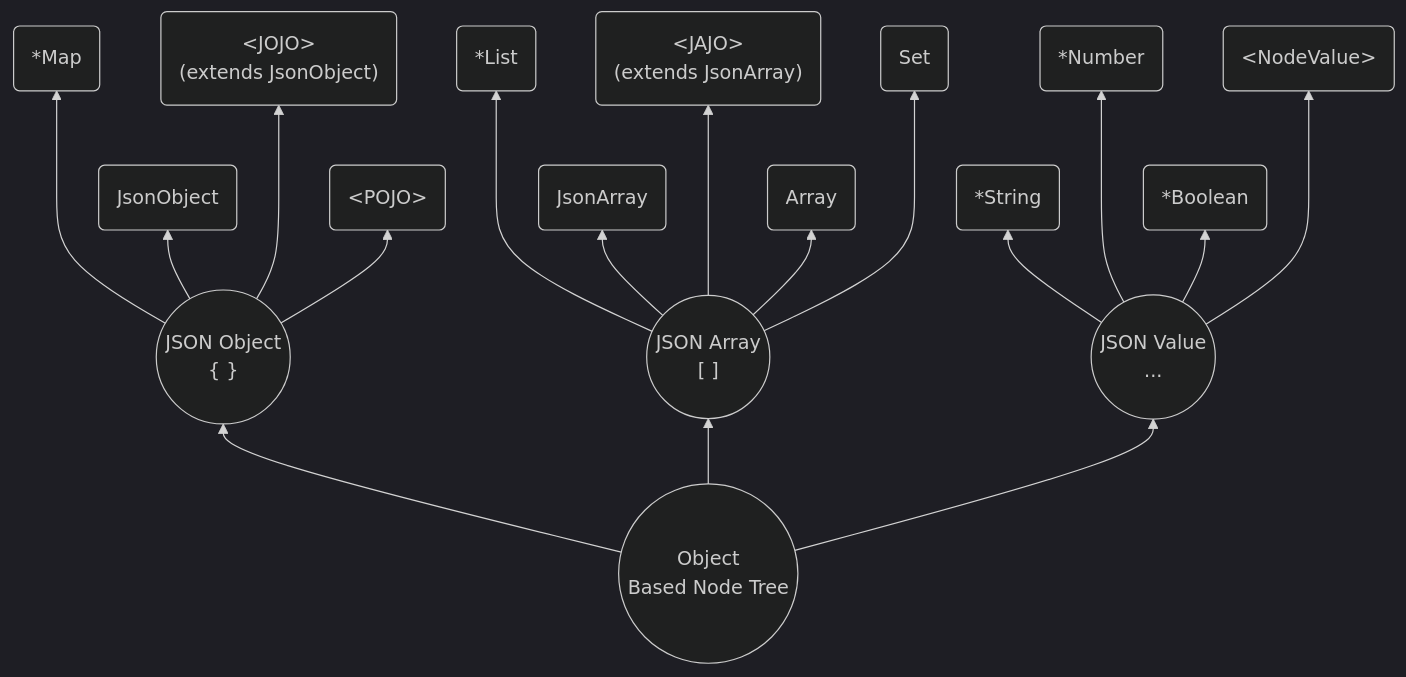
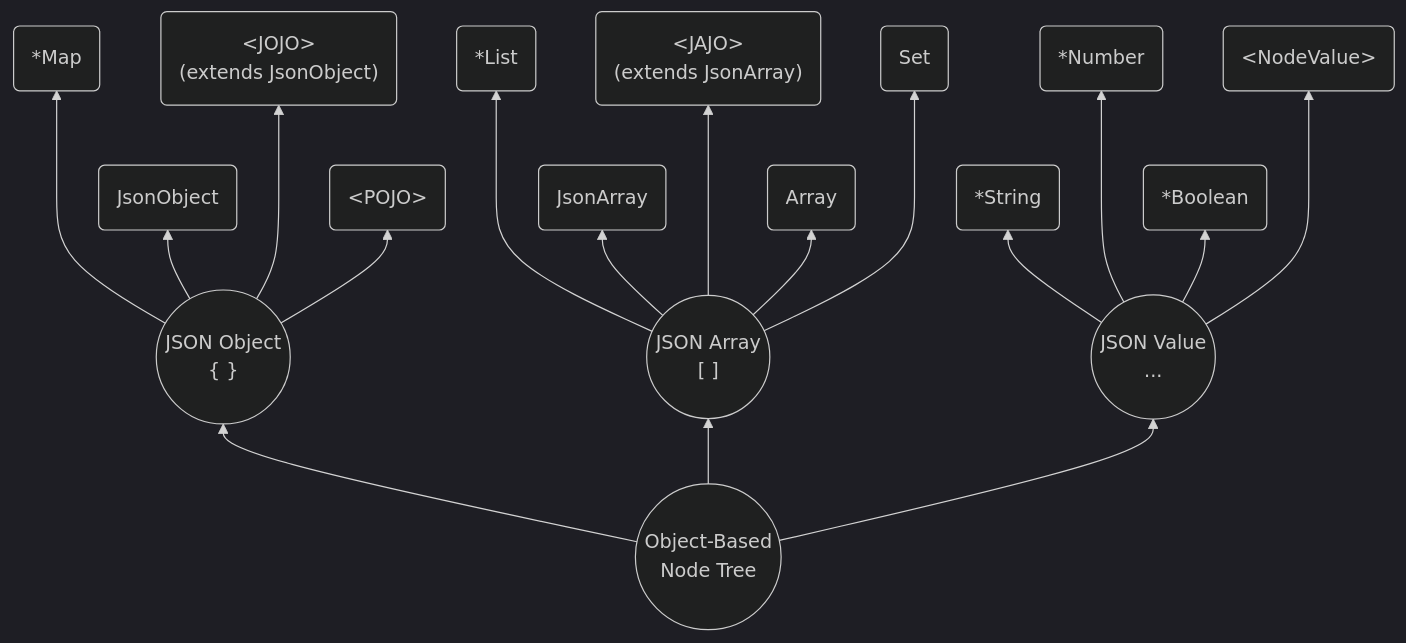
One commit to sjf4j-projects/sjf4j.org changed the diagram in docs/modeling.md. Above: the diagram before and after it, drawn with Mermaid (dark theme). The commit also changed 2 other files, not shown here.

Commit message:
refine docs

````diff
--- a/docs/modeling.md
+++ b/docs/modeling.md
@@ -19,20 +19,20 @@
 ```mermaid
 graph BT
-  node(("Object <br/> Based Node Tree"))
+  node(("Object-Based <br/> Node Tree"))
   node --> object(("JSON Object <br/> { }"))
     object ---> map("*Map")
     object --> jo("JsonObject")
     object ---> jojo(" &lt;JOJO&gt; <br/> (extends JsonObject)")
     object --> pojo(" &lt;POJO&gt; ")
   node --> array(("JSON Array <br/> [ ]"))
     array ---> list("*List")
     array --> ja("JsonArray")
     array ---> jajo(" &lt;JAJO&gt; <br/> (extends JsonArray)")
     array --> arr("Array")
     array ---> set("Set")
   node --> value(("JSON Value <br/> ..."))
     value --> string("*String")
     value ---> number("*Number")
     value --> boolean("*Boolean")
     value ---> nodeValue("&lt;NodeValue&gt;")
 ```
````
